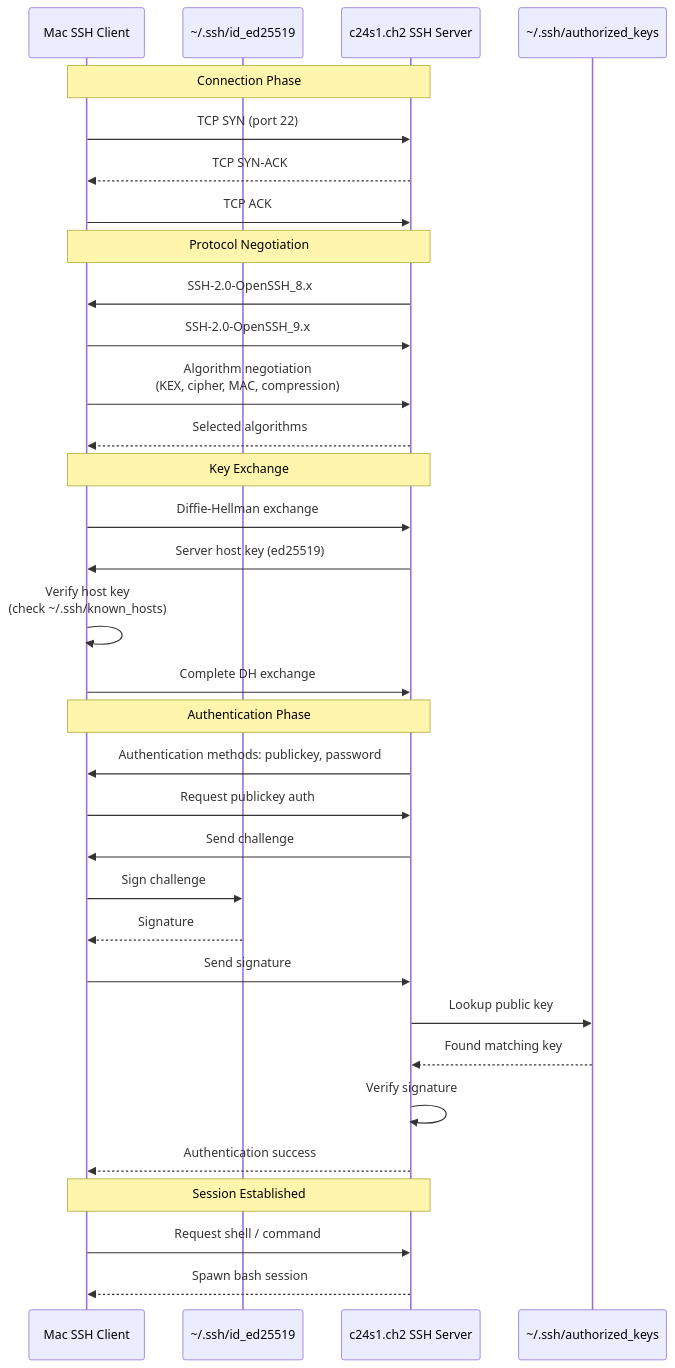
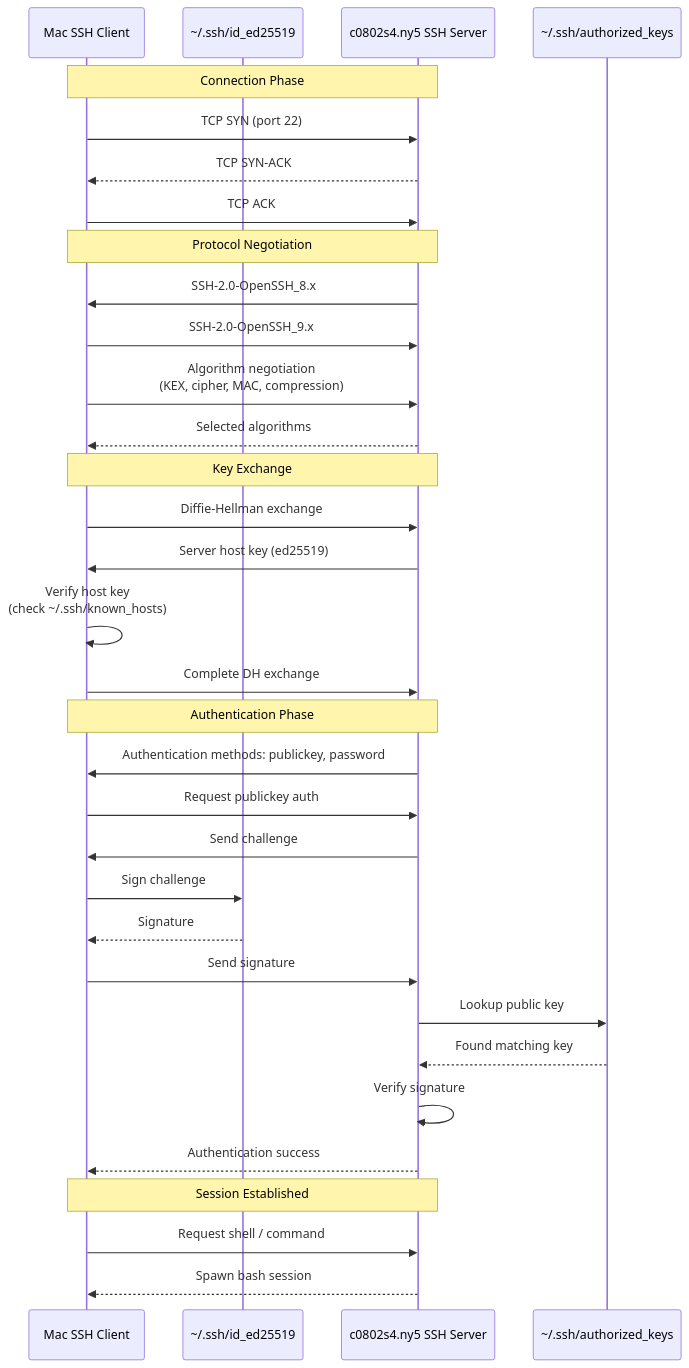
Before and after one commit to rmanaloto-tastytrade/SlotMap: the seventh of 23 diagrams in docs/WORKFLOW_DIAGRAMS.md, drawn with Mermaid. The commit also changed other lines of this file and 14 other files, not shown here.

````diff
--- a/docs/WORKFLOW_DIAGRAMS.md
+++ b/docs/WORKFLOW_DIAGRAMS.md
@@ -338,42 +338,42 @@
 ```mermaid
 sequenceDiagram
     participant Mac as Mac SSH Client
     participant PrivKey as ~/.ssh/id_ed25519
-    participant Host as c24s1.ch2 SSH Server
+    participant Host as c0802s4.ny5 SSH Server
     participant AuthKeys as ~/.ssh/authorized_keys
 
     Note over Mac,Host: Connection Phase
     Mac->>Host: TCP SYN (port 22)
     Host-->>Mac: TCP SYN-ACK
     Mac->>Host: TCP ACK
 
     Note over Mac,Host: Protocol Negotiation
     Host->>Mac: SSH-2.0-OpenSSH_8.x
     Mac->>Host: SSH-2.0-OpenSSH_9.x
     Mac->>Host: Algorithm negotiation<br/>(KEX, cipher, MAC, compression)
     Host-->>Mac: Selected algorithms
 
     Note over Mac,Host: Key Exchange
     Mac->>Host: Diffie-Hellman exchange
     Host->>Mac: Server host key (ed25519)
     Mac->>Mac: Verify host key<br/>(check ~/.ssh/known_hosts)
     Mac->>Host: Complete DH exchange
 
     Note over Mac,Host: Authentication Phase
     Host->>Mac: Authentication methods: publickey, password
     Mac->>Host: Request publickey auth
     Host->>Mac: Send challenge
 
     Mac->>PrivKey: Sign challenge
     PrivKey-->>Mac: Signature
     Mac->>Host: Send signature
 
     Host->>AuthKeys: Lookup public key
     AuthKeys-->>Host: Found matching key
     Host->>Host: Verify signature
     Host-->>Mac: Authentication success
 
     Note over Mac,Host: Session Established
     Mac->>Host: Request shell / command
     Host-->>Mac: Spawn bash session
 ```
````
